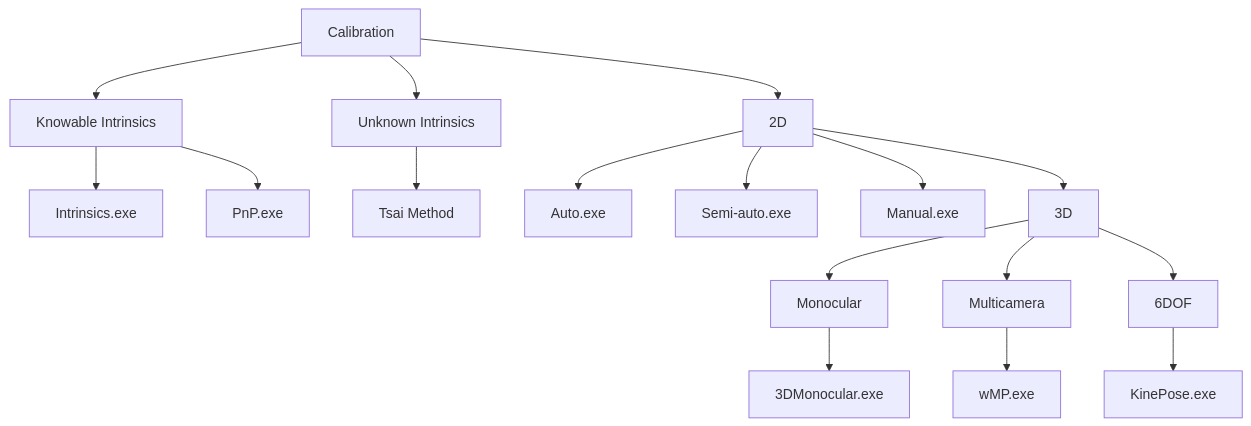
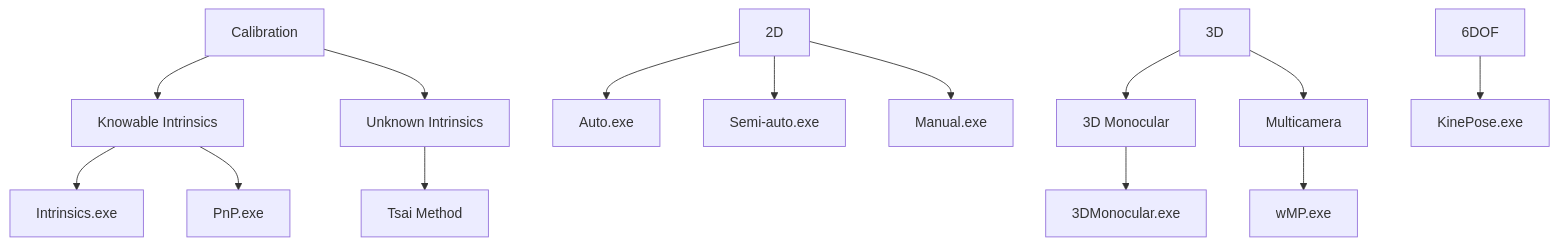
The diagram in README.md (KevGildea/KinePose), drawn with Mermaid before and after one commit.

````diff
--- a/README.md
+++ b/README.md
@@ -45,23 +45,20 @@
 ```mermaid
 graph TD;
     Calibration --> Knowable[Knowable Intrinsics];
     Knowable --> Intrinsics[Intrinsics.exe];
     Knowable --> PnP[PnP.exe];
     Calibration --> Unknown[Unknown Intrinsics];
     Unknown --> Tsai[Tsai Method];
     
-    Calibration --> 2D;
     2D --> Auto[Auto.exe];
     2D --> SemiAuto[Semi-auto.exe];
     2D --> Manual[Manual.exe];
     
-    2D --> 3D;
-    3D --> Monocular[Monocular];
+    3D --> Monocular[3D Monocular];
     Monocular --> 3DMonocular[3DMonocular.exe];
     3D --> Multicamera[Multicamera];
     Multicamera --> wMP[wMP.exe];
     
-    3D --> 6DOF;
     6DOF --> KinePose[KinePose.exe];
 
 ```
````
